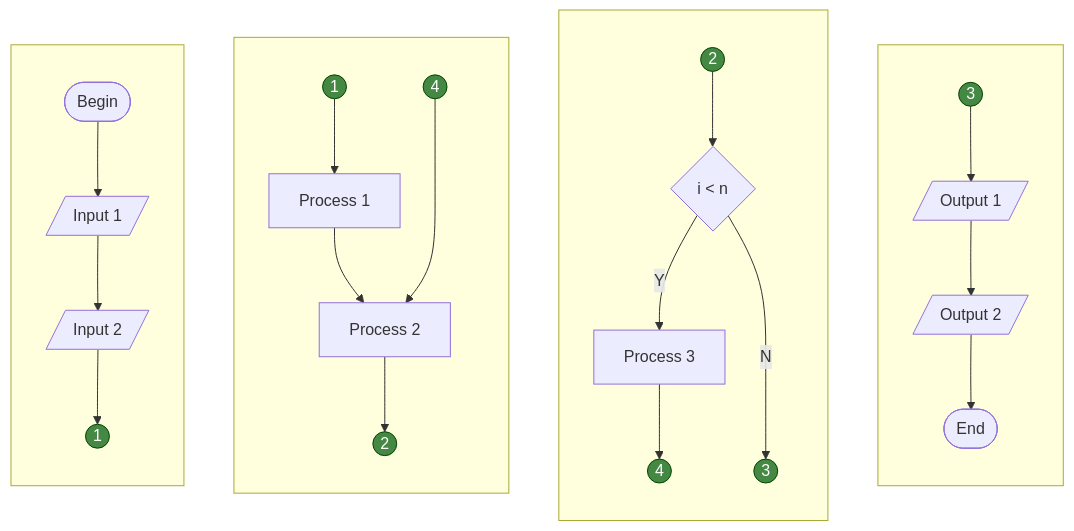
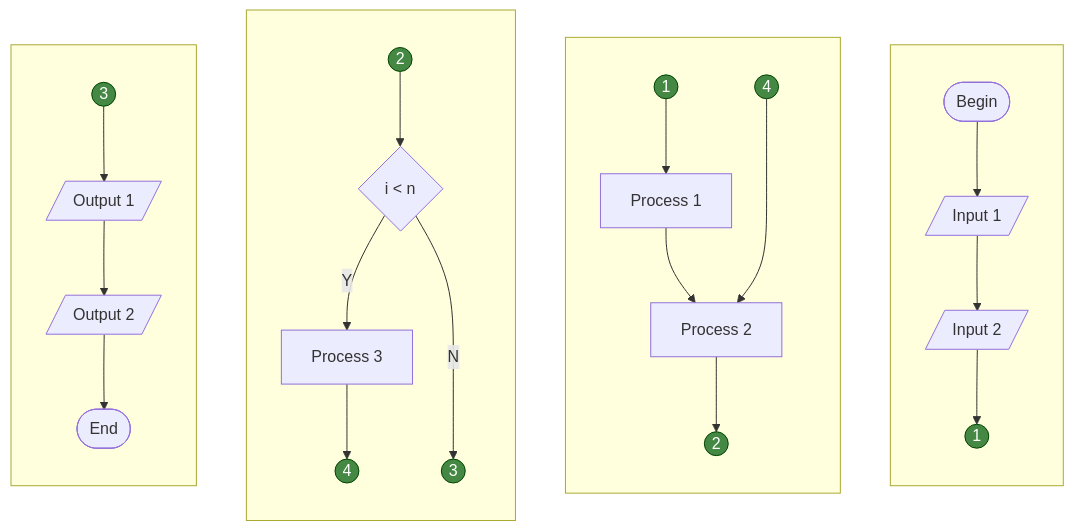
One commit to dudung/butiran changed the diagram in content/posts/25/i/25-mermaid-eg-1.md. Above: the diagram before and after it, drawn with Mermaid. The commit also changed other lines of this file and 3 other files, not shown here.

```diff
--- a/content/posts/25/i/25-mermaid-eg-1.md
+++ b/content/posts/25/i/25-mermaid-eg-1.md
@@ -15,54 +15,54 @@
 {{< mermaid >}}
 flowchart
-  %% sg4
+  %% sg1
   subgraph " "
     direction TB
-    o3b --> O1 --> O2 --> E
-  end
-  
-  %% sg4
-  subgraph " "
-    direction TB
-    o2b --> C1
-    C1 --"Y"--> P3 --> o4a
-    C1 --"N"---> o3a
+    B --> I1 --> I2 --> o1a
   end
 
   %% sg2
   subgraph " "
     direction TB
     o1b --> P1 --> P2 --> o2a
     o4b ---> P2
   end
   
-  %% sg1
+  %% sg3
   subgraph " "
     direction TB
-    B --> I1 --> I2 --> o1a
+    o2b --> C1
+    C1 --"Y"--> P3 --> o4a
+    C1 --"N"---> o3a
+  end
+  
+  %% sg4
+  subgraph " "
+    direction TB
+    o3b --> O1 --> O2 --> E
   end
   
   %% elements
   B(["Begin"])
   I1[/"Input 1"/]
   I2[/"Input 2"/]
   P1["Process 1"]
   P2["Process 2"]
   P3["Process 3"]
   C1{"i < n"}
   O1[/"Output 1"/]
   O2[/"Output 2"/]
   E(["End"])
   
   %% connectors
   o1a(("1")):::conn
   o1b(("1")):::conn
   o2a(("2")):::conn
   o2b(("2")):::conn
   o3a(("3")):::conn
   o3b(("3")):::conn
   o4a(("4")):::conn
   o4b(("4")):::conn
   
   %% classes
   classDef conn fill:#484, stroke:#040, color:#fff
 {{< /mermaid >}}
```
